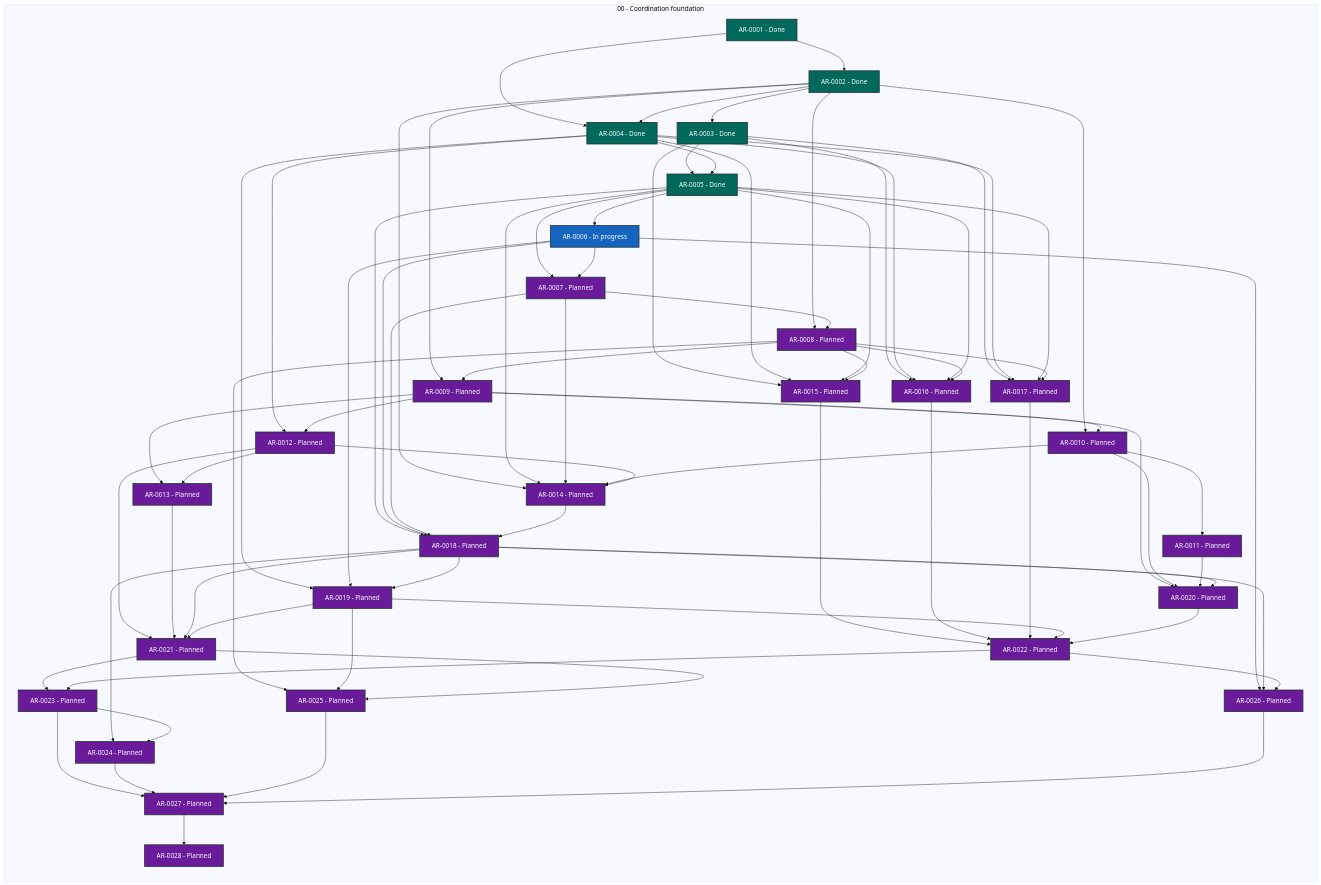
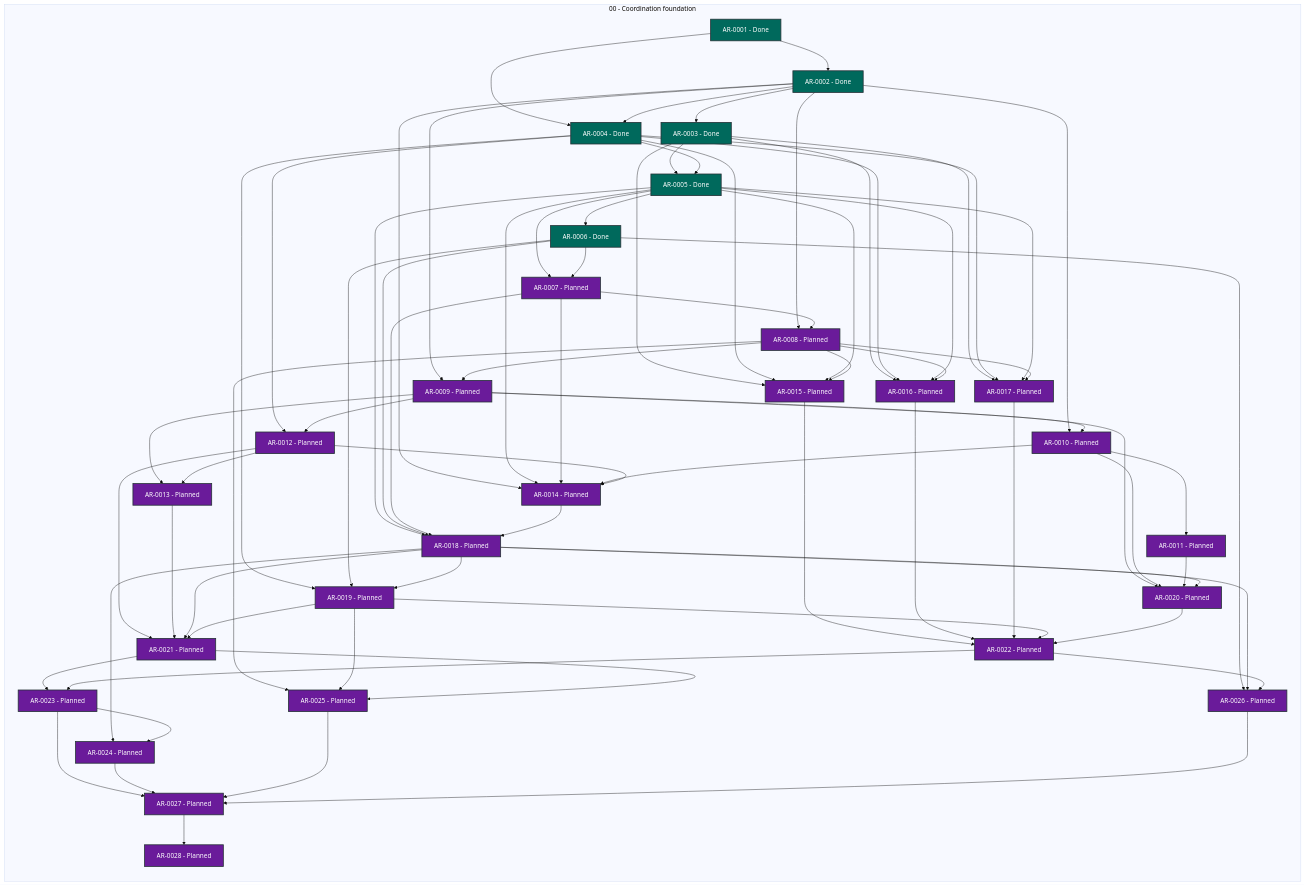
Before and after one commit to martin-beck/agent-workflow-runtime-state: the diagram in STATUS.md, drawn with Mermaid (base theme). The commit also changed other lines of this file and 2 other files, not shown here.

```diff
--- a/STATUS.md
+++ b/STATUS.md
@@ -33,7 +33,7 @@
         AR_0003["AR-0003 - Done"]:::status_done
         AR_0004["AR-0004 - Done"]:::status_done
         AR_0005["AR-0005 - Done"]:::status_done
-        AR_0006["AR-0006 - In progress"]:::status_in_progress
+        AR_0006["AR-0006 - Done"]:::status_done
         AR_0007["AR-0007 - Planned"]:::status_planned
         AR_0008["AR-0008 - Planned"]:::status_planned
         AR_0009["AR-0009 - Planned"]:::status_planned
```
